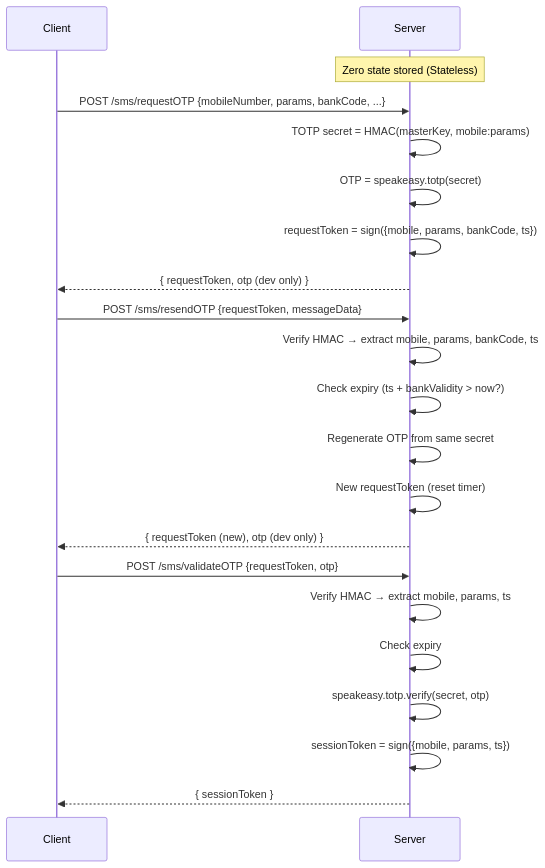
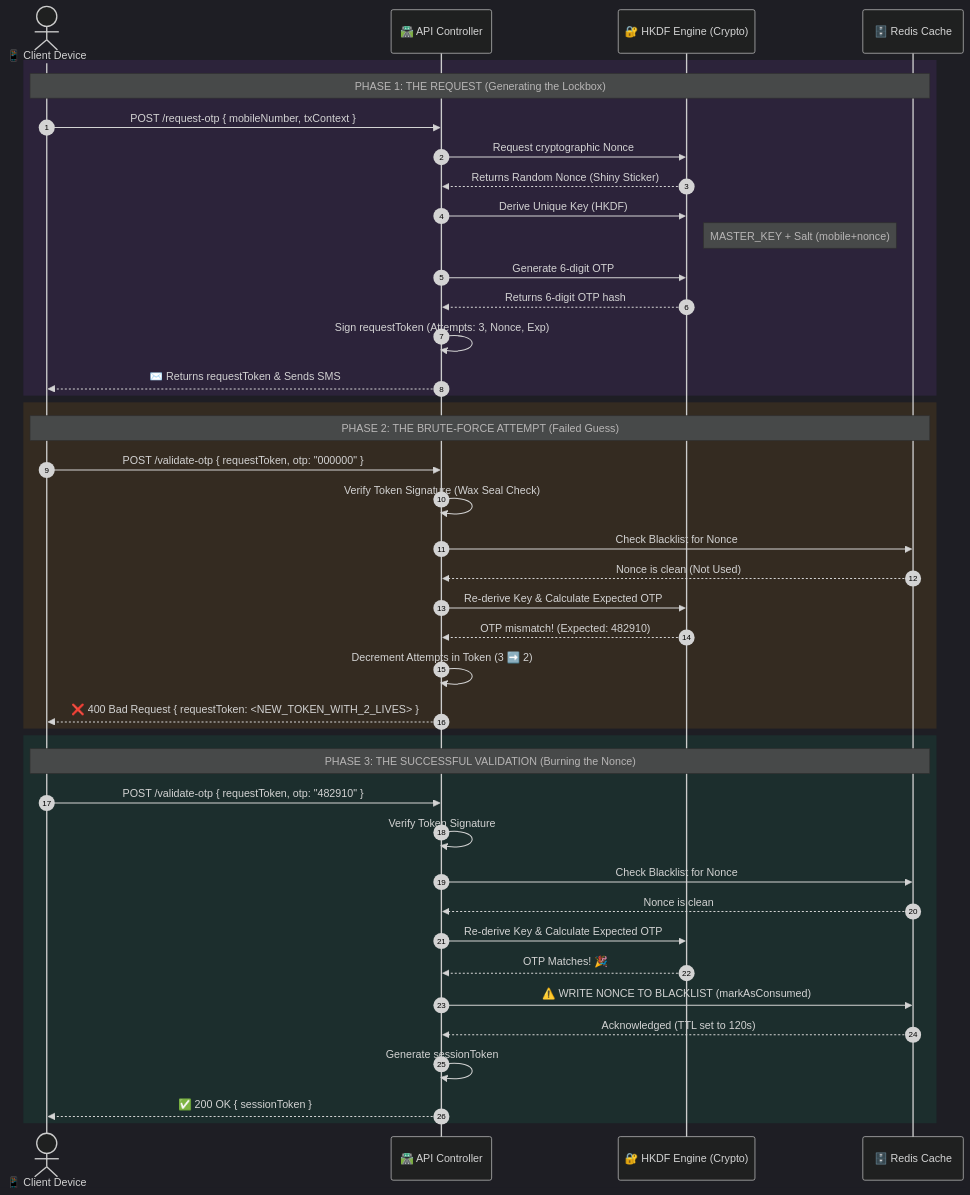
Before and after one commit to Kuldeep-Pradhan/totp_service: the diagram in walkthrough.md, drawn with Mermaid. The commit also changed other lines of this file and 17 other files, not shown here.

Commit message:
feat: complete HTOTP v2 architecture with interactive UI and robust security

````diff
--- a/walkthrough.md
+++ b/walkthrough.md
@@ -82,27 +43,48 @@
 ```mermaid
+%%{init: {'theme': 'dark', 'themeVariables': { 'primaryColor': '#a855f7', 'primaryTextColor': '#fff', 'primaryBorderColor': '#c084fc', 'lineColor': '#38bdf8', 'secondaryColor': '#06b6d4', 'tertiaryColor': '#10b981'}}}%%
 sequenceDiagram
-    participant C as Client
-    participant S as Server
-
-    Note over S: Zero state stored (Stateless)
-
-    C->>S: POST /sms/requestOTP {mobileNumber, params, bankCode, ...}
-    S->>S: TOTP secret = HMAC(masterKey, mobile:params)
-    S->>S: OTP = speakeasy.totp(secret)
-    S->>S: requestToken = sign({mobile, params, bankCode, ts})
-    S-->>C: { requestToken, otp (dev only) }
-
-    C->>S: POST /sms/resendOTP {requestToken, messageData}
-    S->>S: Verify HMAC → extract mobile, params, bankCode, ts
-    S->>S: Check expiry (ts + bankValidity > now?)
-    S->>S: Regenerate OTP from same secret
-    S->>S: New requestToken (reset timer)
-    S-->>C: { requestToken (new), otp (dev only) }
-
-    C->>S: POST /sms/validateOTP {requestToken, otp}
-    S->>S: Verify HMAC → extract mobile, params, ts
-    S->>S: Check expiry
-    S->>S: speakeasy.totp.verify(secret, otp)
-    S->>S: sessionToken = sign({mobile, params, ts})
-    S-->>C: { sessionToken }
+    autonumber
+    actor User as 📱 Client Device
+    participant API as 🛣️ API Controller
+    participant Engine as 🔐 HKDF Engine (Crypto)
+    participant Redis as 🗄️ Redis Cache
+    
+    rect rgba(168, 85, 247, 0.1)
+    Note over User, Redis: PHASE 1: THE REQUEST (Generating the Lockbox)
+    User->>API: POST /request-otp { mobileNumber, txContext }
+    API->>Engine: Request cryptographic Nonce
+    Engine-->>API: Returns Random Nonce (Shiny Sticker)
+    API->>Engine: Derive Unique Key (HKDF)
+    Note right of Engine: MASTER_KEY + Salt (mobile+nonce)
+    API->>Engine: Generate 6-digit OTP
+    Engine-->>API: Returns 6-digit OTP hash
+    API->>API: Sign requestToken (Attempts: 3, Nonce, Exp)
+    API-->>User: ✉️ Returns requestToken & Sends SMS
+    end
+    
+    rect rgba(245, 158, 11, 0.1)
+    Note over User, Redis: PHASE 2: THE BRUTE-FORCE ATTEMPT (Failed Guess)
+    User->>API: POST /validate-otp { requestToken, otp: "000000" }
+    API->>API: Verify Token Signature (Wax Seal Check)
+    API->>Redis: Check Blacklist for Nonce
+    Redis-->>API: Nonce is clean (Not Used)
+    API->>Engine: Re-derive Key & Calculate Expected OTP
+    Engine-->>API: OTP mismatch! (Expected: 482910)
+    API->>API: Decrement Attempts in Token (3 ➡️ 2)
+    API-->>User: ❌ 400 Bad Request { requestToken: <NEW_TOKEN_WITH_2_LIVES> }
+    end
+    
+    rect rgba(16, 185, 129, 0.1)
+    Note over User, Redis: PHASE 3: THE SUCCESSFUL VALIDATION (Burning the Nonce)
+    User->>API: POST /validate-otp { requestToken, otp: "482910" }
+    API->>API: Verify Token Signature
+    API->>Redis: Check Blacklist for Nonce
+    Redis-->>API: Nonce is clean
+    API->>Engine: Re-derive Key & Calculate Expected OTP
+    Engine-->>API: OTP Matches! 🎉
+    API->>Redis: ⚠️ WRITE NONCE TO BLACKLIST (markAsConsumed)
+    Redis-->>API: Acknowledged (TTL set to 120s)
+    API->>API: Generate sessionToken
+    API-->>User: ✅ 200 OK { sessionToken }
+    end
 ```
````
